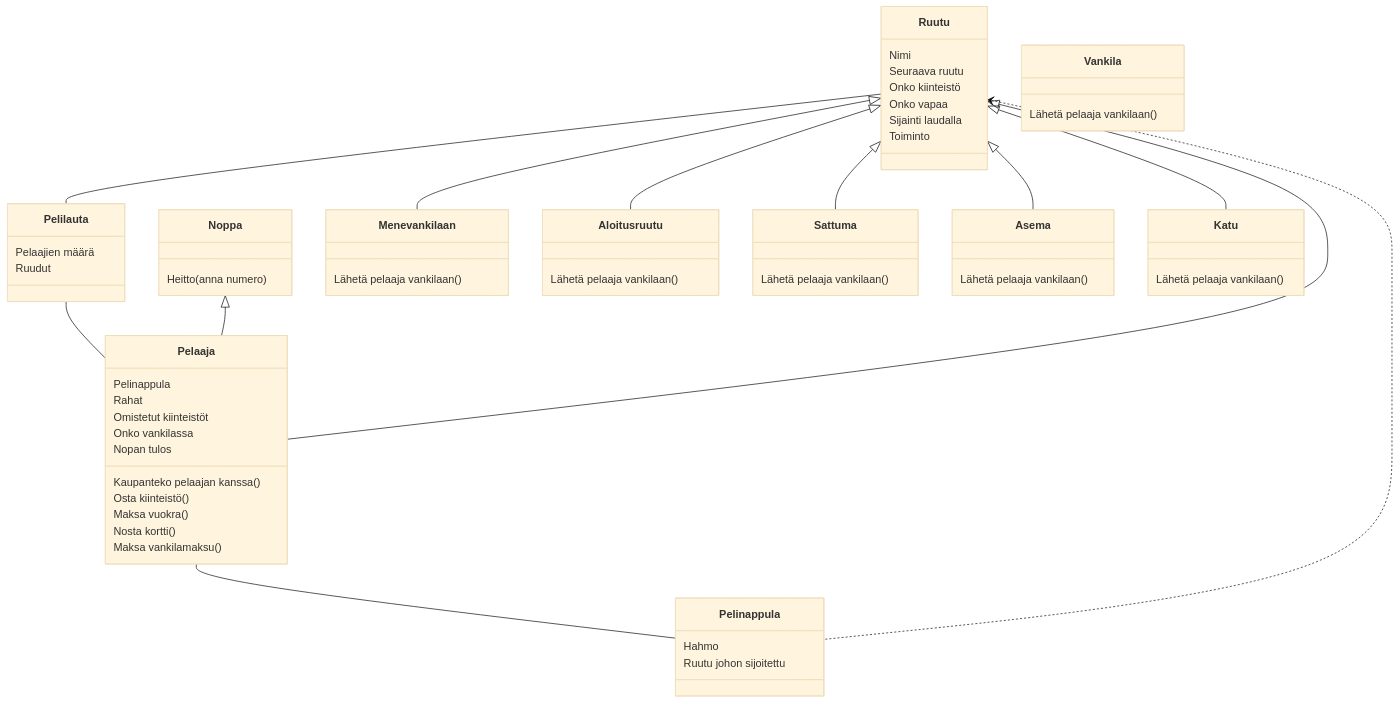
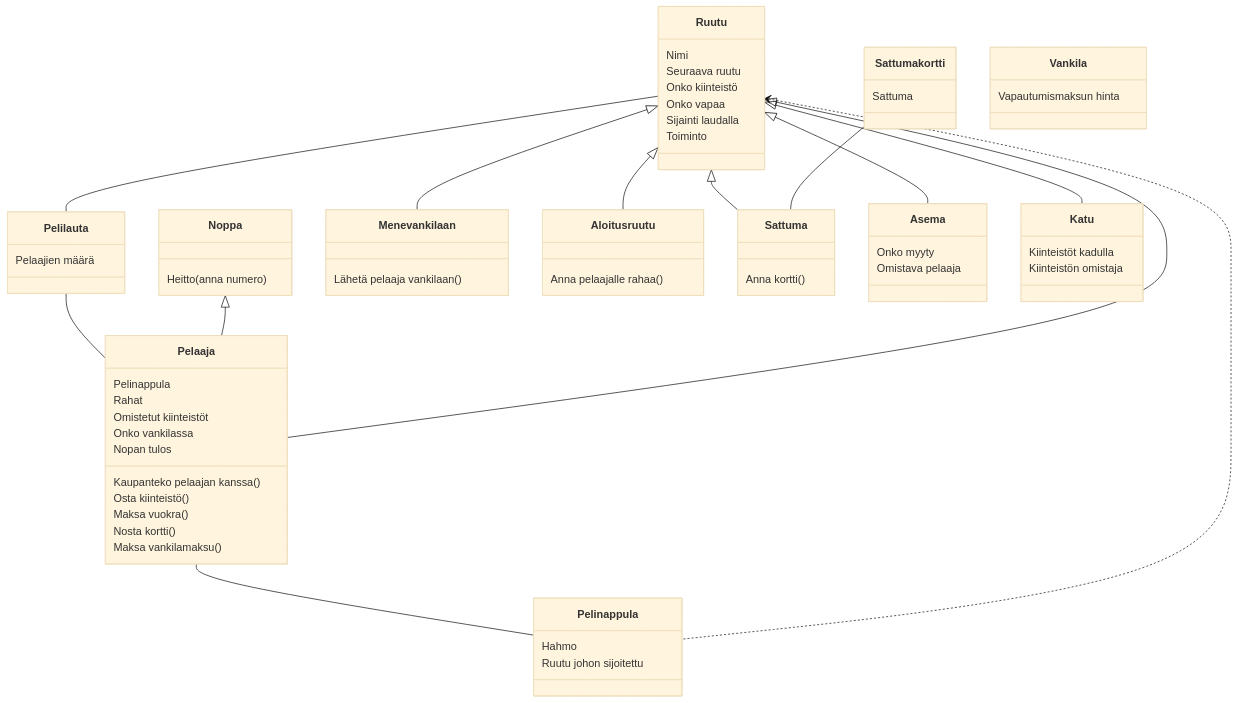
Before and after one commit to kodtld/TravelHub: the diagram in laskarit/viikko3/luokkakaavio.md, drawn with Mermaid (base theme).

````diff
--- a/laskarit/viikko3/luokkakaavio.md
+++ b/laskarit/viikko3/luokkakaavio.md
@@ -1,69 +1,77 @@
 ```mermaid
  classDiagram
       Pelilauta -- Pelaaja
       Noppa  <|-- Pelaaja
       Ruutu  <|-- Menevankilaan
       Ruutu  <|-- Aloitusruutu
       Ruutu  <|-- Sattuma
       Ruutu  <|-- Asema
       Ruutu  <|-- Katu
       Ruutu  <|-- Pelaaja
       Ruutu -- Pelilauta
       Pelaaja -- Pelinappula
       Ruutu <.. Pelinappula
-      Pelilauta : Pelaajien määrä  
-      Pelilauta : Ruudut
+      Sattumakortti -- Sattuma  
+
+      Pelilauta : Pelaajien määrä
+
 
       class Pelaaja{
           Pelinappula
           Rahat
           Omistetut kiinteistöt  
           Onko vankilassa
           Nopan tulos
           
           Kaupanteko pelaajan kanssa()
           Osta kiinteistö()
           Maksa vuokra()
           Nosta kortti()
           Maksa vankilamaksu()  
       }
 
       class Pelinappula{
           Hahmo
           Ruutu johon sijoitettu
       }
 
       class Noppa{
           Heitto(anna numero)
       }
 
       class Ruutu{
           Nimi
           Seuraava ruutu
           Onko kiinteistö
           Onko vapaa
           Sijainti laudalla
           Toiminto
       }
 
       class Menevankilaan{
           Lähetä pelaaja vankilaan()
       }
       class Vankila{
-          Lähetä pelaaja vankilaan()
+          Vapautumismaksun hinta
       }
       class Aloitusruutu{
-          Lähetä pelaaja vankilaan()
+          Anna pelaajalle rahaa()
       }
       class Sattuma{
-          Lähetä pelaaja vankilaan()
+          Anna kortti()
+      }
+
+      class Sattumakortti{
+          Sattuma
       }
 
       class Asema{
-          Lähetä pelaaja vankilaan()
+          Onko myyty
+          Omistava pelaaja
       }
 
       class Katu{
-          Lähetä pelaaja vankilaan()
+          Kiinteistöt kadulla
+          Kiinteistön omistaja
       }
 ```
````
